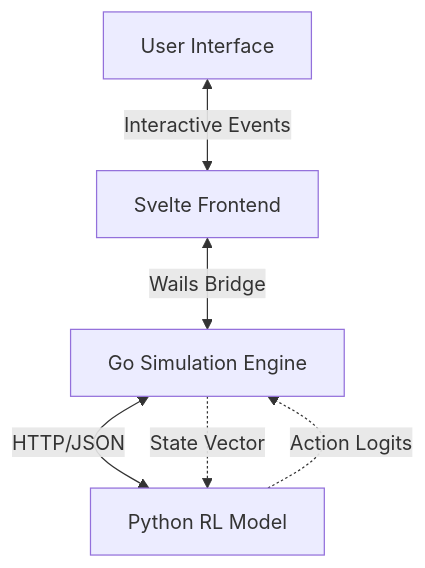
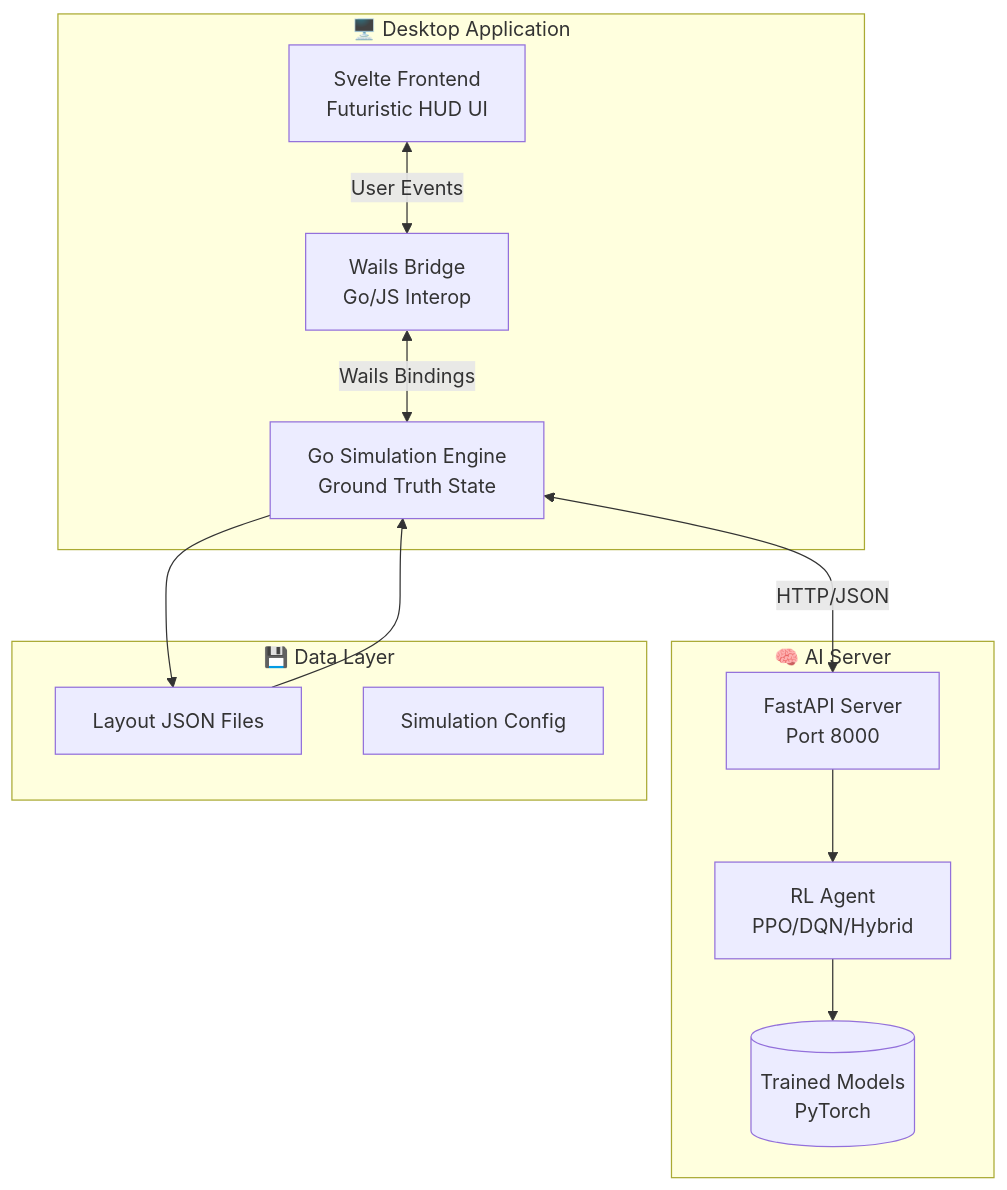
One commit to JullMol/warehouse-marl changed the diagram in README.md. Above: the diagram before and after it, drawn with Mermaid. The commit also changed other lines of this file, not shown here.

````diff
--- a/README.md
+++ b/README.md
@@ -57,8 +98,27 @@
 ```mermaid
-graph TD
-    User[User Interface] <-->|Interactive Events| Frontend[Svelte Frontend]
-    Frontend <-->|Wails Bridge| Backend[Go Simulation Engine]
-    Backend <-->|HTTP/JSON| AI_Brain[Python RL Model]
-    AI_Brain -.->|Action Logits| Backend
-    Backend -.->|State Vector| AI_Brain
+flowchart TB
+    subgraph Desktop["🖥️ Desktop Application"]
+        UI[Svelte Frontend<br/>Futuristic HUD UI]
+        Bridge[Wails Bridge<br/>Go/JS Interop]
+        Engine[Go Simulation Engine<br/>Ground Truth State]
+    end
+    
+    subgraph AI["🧠 AI Server"]
+        API[FastAPI Server<br/>Port 8000]
+        RL[RL Agent<br/>PPO/DQN/Hybrid]
+        Model[(Trained Models<br/>PyTorch)]
+    end
+    
+    subgraph Data["💾 Data Layer"]
+        Layouts[Layout JSON Files]
+        Config[Simulation Config]
+    end
+    
+    UI <-->|User Events| Bridge
+    Bridge <-->|Wails Bindings| Engine
+    Engine <-->|HTTP/JSON| API
+    API --> RL
+    RL --> Model
+    Engine --> Layouts
+    Layouts --> Engine
 ```
````
